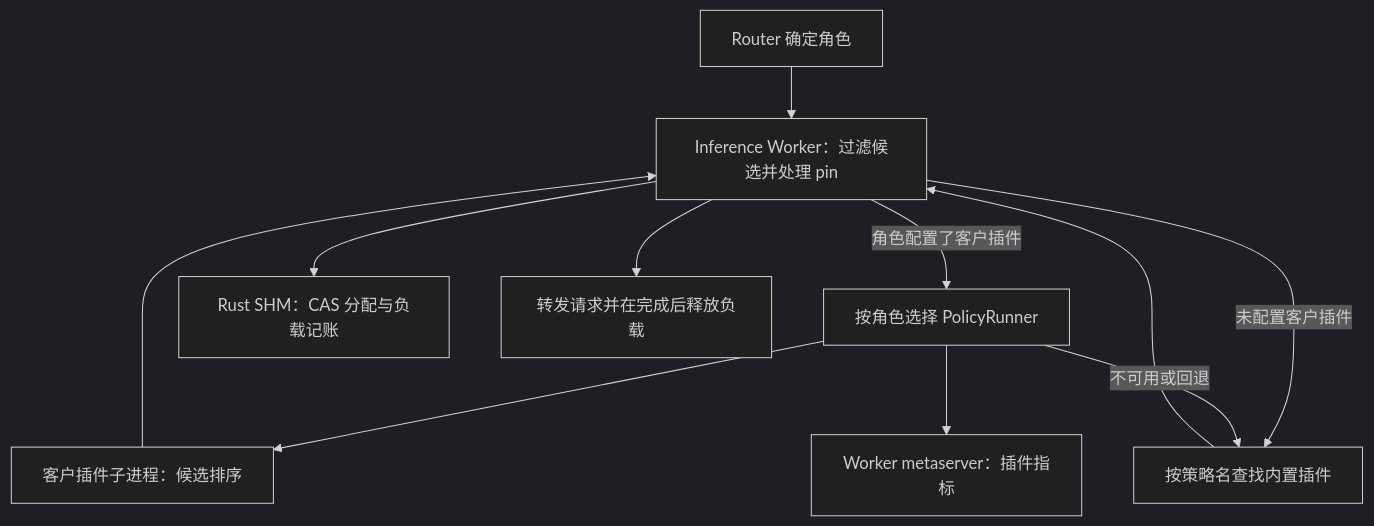
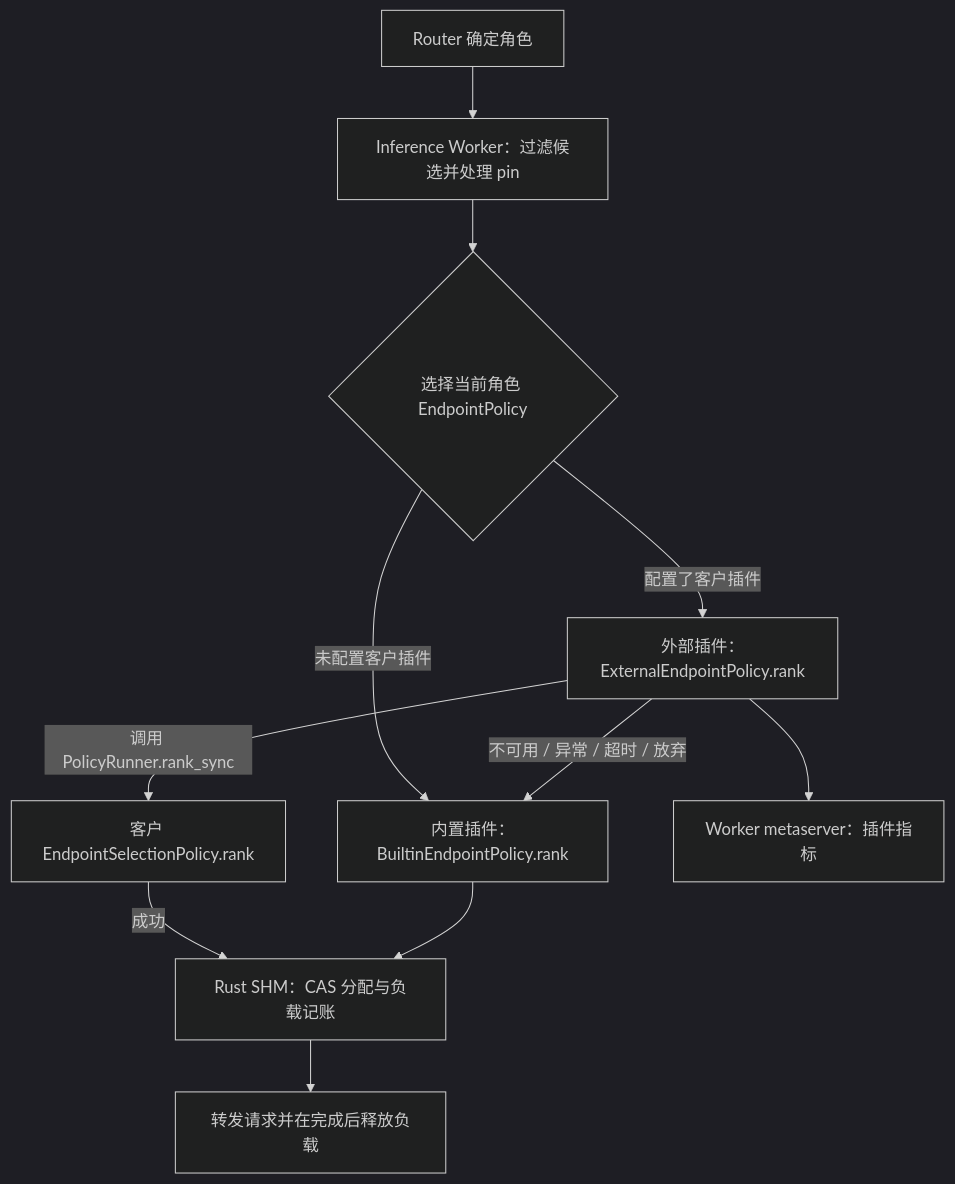
One commit to Lyr-GW/MindIE-PyMotor changed the first of 2 diagrams in docs/zh/design/scheduler_policy_plugin.md. Above: the diagram before and after it, drawn with Mermaid (dark theme). The commit also changed other lines of this file and 10 other files, not shown here.

````diff
--- a/docs/zh/design/scheduler_policy_plugin.md
+++ b/docs/zh/design/scheduler_policy_plugin.md
@@ -21,13 +22,13 @@
 ```mermaid
 flowchart TD
     R[Router 确定角色] --> C[Inference Worker：过滤候选并处理 pin]
-    C -->|角色配置了客户插件| P[按角色选择 PolicyRunner]
-    P --> S[客户插件子进程：候选排序]
-    C -->|未配置客户插件| B[按策略名查找内置插件]
-    P -->|不可用或回退| B
-    B --> C
-    S --> C
-    C --> M[Rust SHM：CAS 分配与负载记账]
-    C --> E[转发请求并在完成后释放负载]
-    P --> O[Worker metaserver：插件指标]
+    C --> D{选择当前角色 EndpointPolicy}
+    D -->|未配置客户插件| B[内置插件：BuiltinEndpointPolicy.rank]
+    D -->|配置了客户插件| E[外部插件：ExternalEndpointPolicy.rank]
+    E -->|调用 PolicyRunner.rank_sync| P[客户 EndpointSelectionPolicy.rank]
+    P -->|成功| M[Rust SHM：CAS 分配与负载记账]
+    E -->|不可用 / 异常 / 超时 / 放弃| B
+    B --> M
+    M --> F[转发请求并在完成后释放负载]
+    E --> O[Worker metaserver：插件指标]
 ```
````
